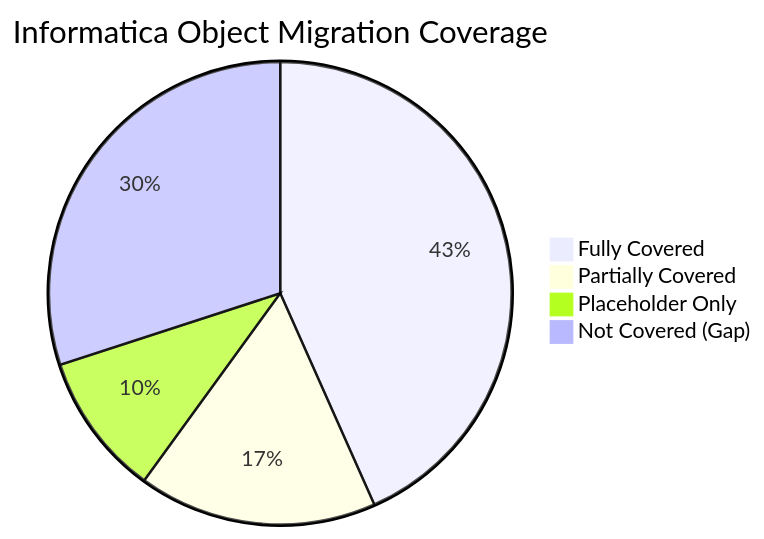
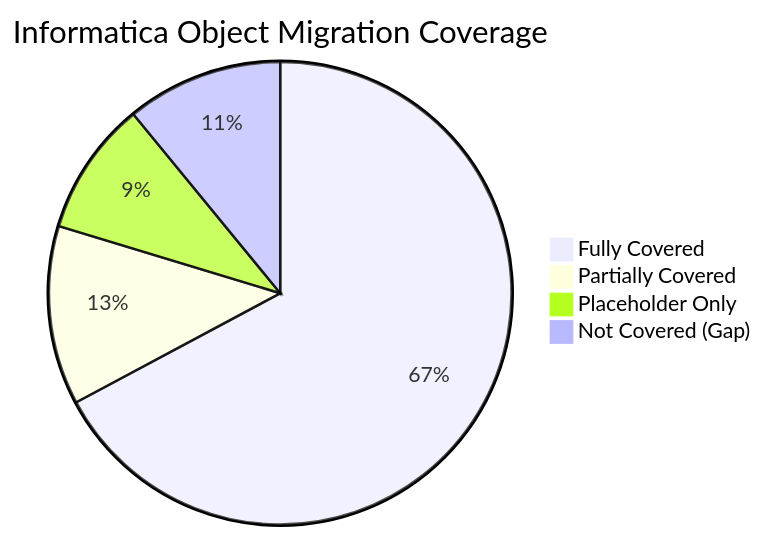
The first of 3 diagrams in GAP_ANALYSIS.md (cyphou/InformaticaToFabric), drawn with Mermaid before and after one commit. The commit also changed other lines of this file and 13 other files, not shown here.

````diff
--- a/GAP_ANALYSIS.md
+++ b/GAP_ANALYSIS.md
@@ -31,7 +32,7 @@
 ```mermaid
 pie title Informatica Object Migration Coverage
-    "Fully Covered" : 26
-    "Partially Covered" : 10
+    "Fully Covered" : 43
+    "Partially Covered" : 8
     "Placeholder Only" : 6
-    "Not Covered (Gap)" : 18
+    "Not Covered (Gap)" : 7
 ```
````
